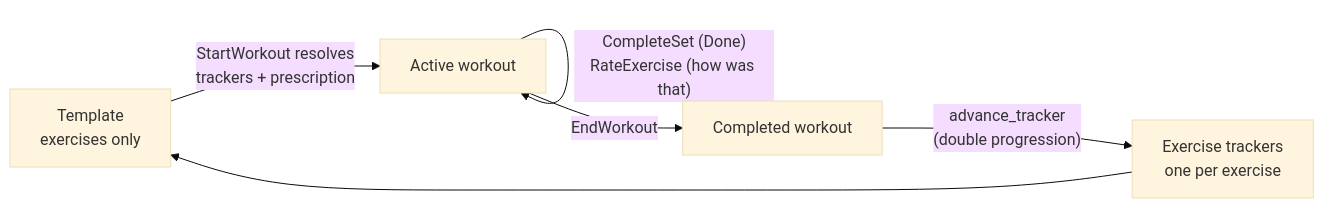
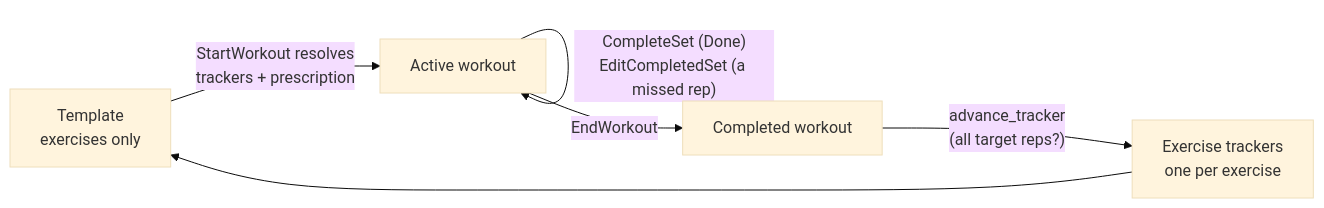
The first of 7 diagrams in docs/architecture/workout-lifecycle.md (brensch/lift), drawn with Mermaid (base theme) before and after one commit. The commit also changed other lines of this file and 53 other files, not shown here.

First line of the commit message:
Progression from the reps alone: 5×5, 3×8–12, no ratings (#76)

````diff
--- a/docs/architecture/workout-lifecycle.md
+++ b/docs/architecture/workout-lifecycle.md
@@ -14,8 +14,8 @@
 ```mermaid
 graph LR
     tmpl["Template<br/>exercises only"] -->|"StartWorkout resolves<br/>trackers + prescription"| active["Active workout"]
-    active -->|"CompleteSet (Done)<br/>RateExercise (how was that)"| active
+    active -->|"CompleteSet (Done)<br/>EditCompletedSet (a missed rep)"| active
     active -->|"EndWorkout"| done["Completed workout"]
-    done -->|"advance_tracker<br/>(double progression)"| trk["Exercise trackers<br/>one per exercise"]
+    done -->|"advance_tracker<br/>(all target reps?)"| trk["Exercise trackers<br/>one per exercise"]
     trk --> tmpl
 ```
````
